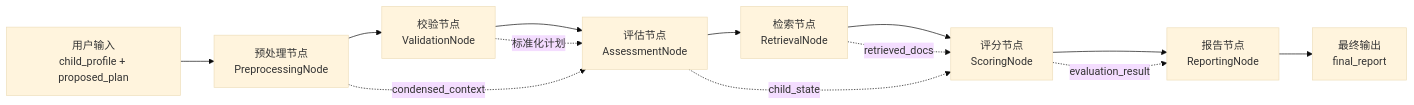
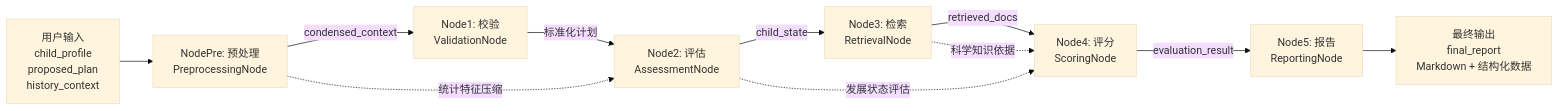
The second of 4 diagrams in CLAUDE.md (OWEN-DK/child-development-assessment-agent), drawn with Mermaid (base theme) before and after one commit. The commit also changed other lines of this file and 163 other files, not shown here.

````diff
--- a/CLAUDE.md
+++ b/CLAUDE.md
@@ -143,16 +195,15 @@
 ```mermaid
 graph LR
-    Input[用户输入<br/>child_profile + proposed_plan] --> Pre[预处理节点<br/>PreprocessingNode]
-    Pre --> Val[校验节点<br/>ValidationNode]
-    Val --> Assess[评估节点<br/>AssessmentNode]
-    Assess --> Retriev[检索节点<br/>RetrievalNode]
-    Retriev --> Score[评分节点<br/>ScoringNode]
-    Score --> Report[报告节点<br/>ReportingNode]
-    Report --> Output[最终输出<br/>final_report]
+    Input[用户输入<br/>child_profile<br/>proposed_plan<br/>history_context] --> Pre[NodePre: 预处理<br/>PreprocessingNode]
     
-    Pre -.->|condensed_context| Assess
-    Val -.->|标准化计划| Assess
-    Assess -.->|child_state| Score
-    Retriev -.->|retrieved_docs| Score
-    Score -.->|evaluation_result| Report
+    Pre -->|condensed_context| Val[Node1: 校验<br/>ValidationNode]
+    Val -->|标准化计划| Assess[Node2: 评估<br/>AssessmentNode]
+    Assess -->|child_state| Retriev[Node3: 检索<br/>RetrievalNode]
+    Retriev -->|retrieved_docs| Score[Node4: 评分<br/>ScoringNode]
+    Score -->|evaluation_result| Report[Node5: 报告<br/>ReportingNode]
+    Report --> Output[最终输出<br/>final_report<br/>Markdown + 结构化数据]
+    
+    Pre -.统计特征压缩.-> Assess
+    Assess -.发展状态评估.-> Score
+    Retriev -.科学知识依据.-> Score
 ```
````
